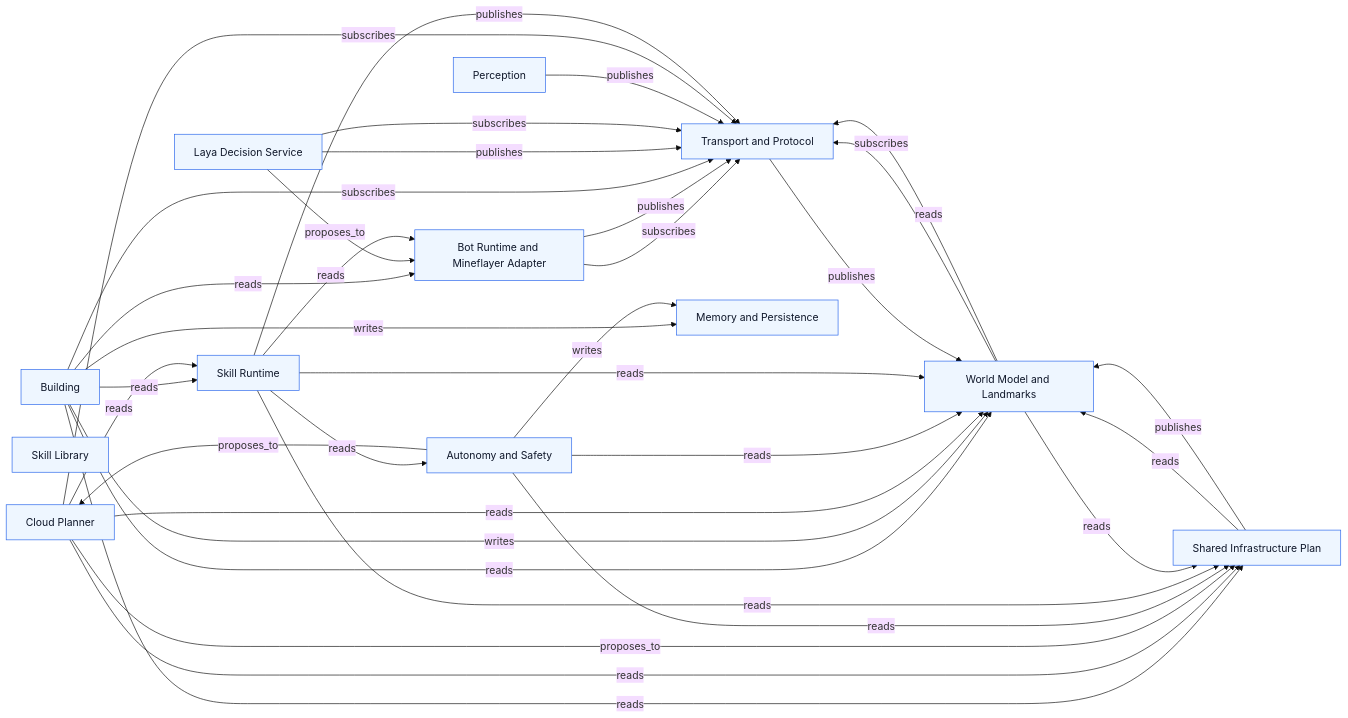
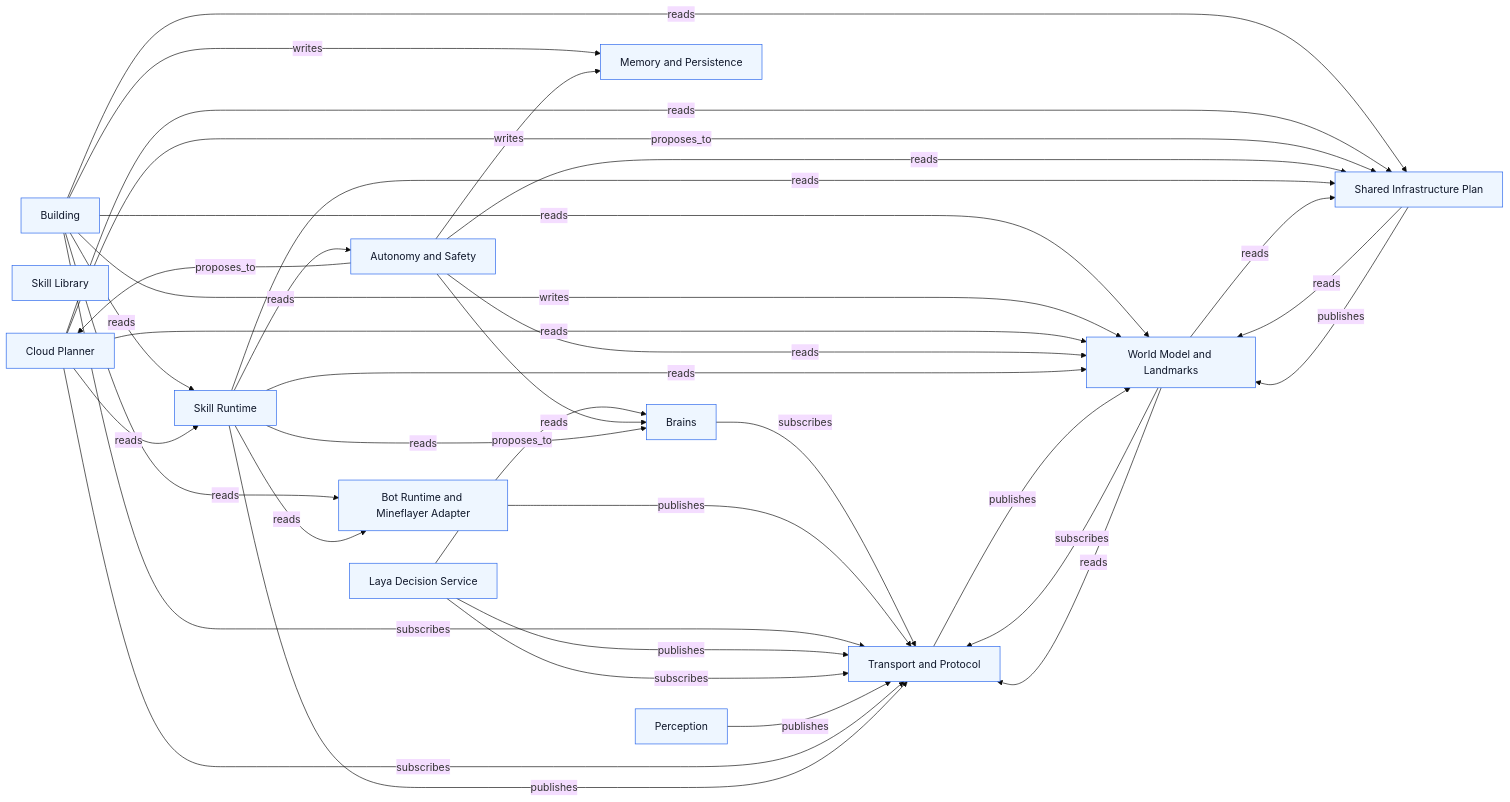
The fourth of 26 diagrams in docs/architecture/diagrams.md (TICO-CO/TiCrafter), drawn with Mermaid (base theme) before and after one commit. The commit also changed other lines of this file and 34 other files, not shown here.

Commit message:
fix: architecture graphs

````diff
--- a/docs/architecture/diagrams.md
+++ b/docs/architecture/diagrams.md
@@ -394,50 +423,53 @@
 ```mermaid
 flowchart LR
 n1["Transport and Protocol"]
 n2["Shared Infrastructure Plan"]
 n7["World Model and Landmarks"]
 n8["Perception"]
 n9["Laya Decision Service"]
 n10["Cloud Planner"]
 n11["Skill Runtime"]
 n12["Skill Library"]
 n13["Building"]
 n14["Bot Runtime and Mineflayer Adapter"]
 n15["Autonomy and Safety"]
 n16["Memory and Persistence"]
-n14 -->|subscribes| n1
+n21["Brains"]
+n21 -->|subscribes| n1
 n14 -->|publishes| n1
 n13 -->|reads| n7
 n13 -->|writes| n7
 n13 -->|reads| n11
 n13 -->|reads| n14
 n13 -->|writes| n16
 n13 -->|reads| n2
 n13 -->|subscribes| n1
-n9 -->|proposes_to| n14
+n9 -->|proposes_to| n21
 n9 -->|publishes| n1
 n9 -->|subscribes| n1
 n8 -->|publishes| n1
 n10 -->|subscribes| n1
 n10 -->|reads| n2
 n10 -->|reads| n7
 n10 -->|reads| n11
 n10 -->|proposes_to| n2
+n15 -->|reads| n21
 n15 -->|reads| n7
 n15 -->|writes| n16
 n15 -->|reads| n2
 n15 -->|proposes_to| n10
 n2 -->|reads| n7
 n2 -->|publishes| n7
 n11 -->|reads| n14
 n11 -->|reads| n2
 n11 -->|reads| n7
 n11 -->|publishes| n1
 n11 -->|reads| n15
+n11 -->|reads| n21
 n1 -->|publishes| n7
 n7 -->|reads| n2
 n7 -->|subscribes| n1
 n7 -->|reads| n1
 classDef system fill:#eef6ff,stroke:#2563eb,color:#0f172a;
-class n1,n2,n7,n8,n9,n10,n11,n12,n13,n14,n15,n16 system;
+class n1,n2,n7,n8,n9,n10,n11,n12,n13,n14,n15,n16,n21 system;
 ```
````
